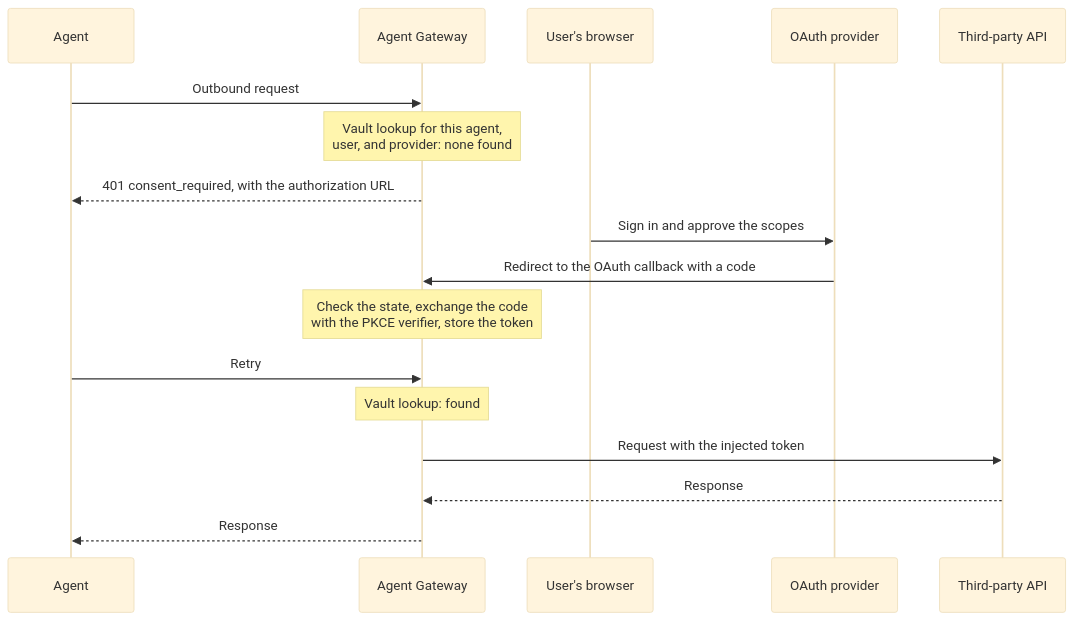
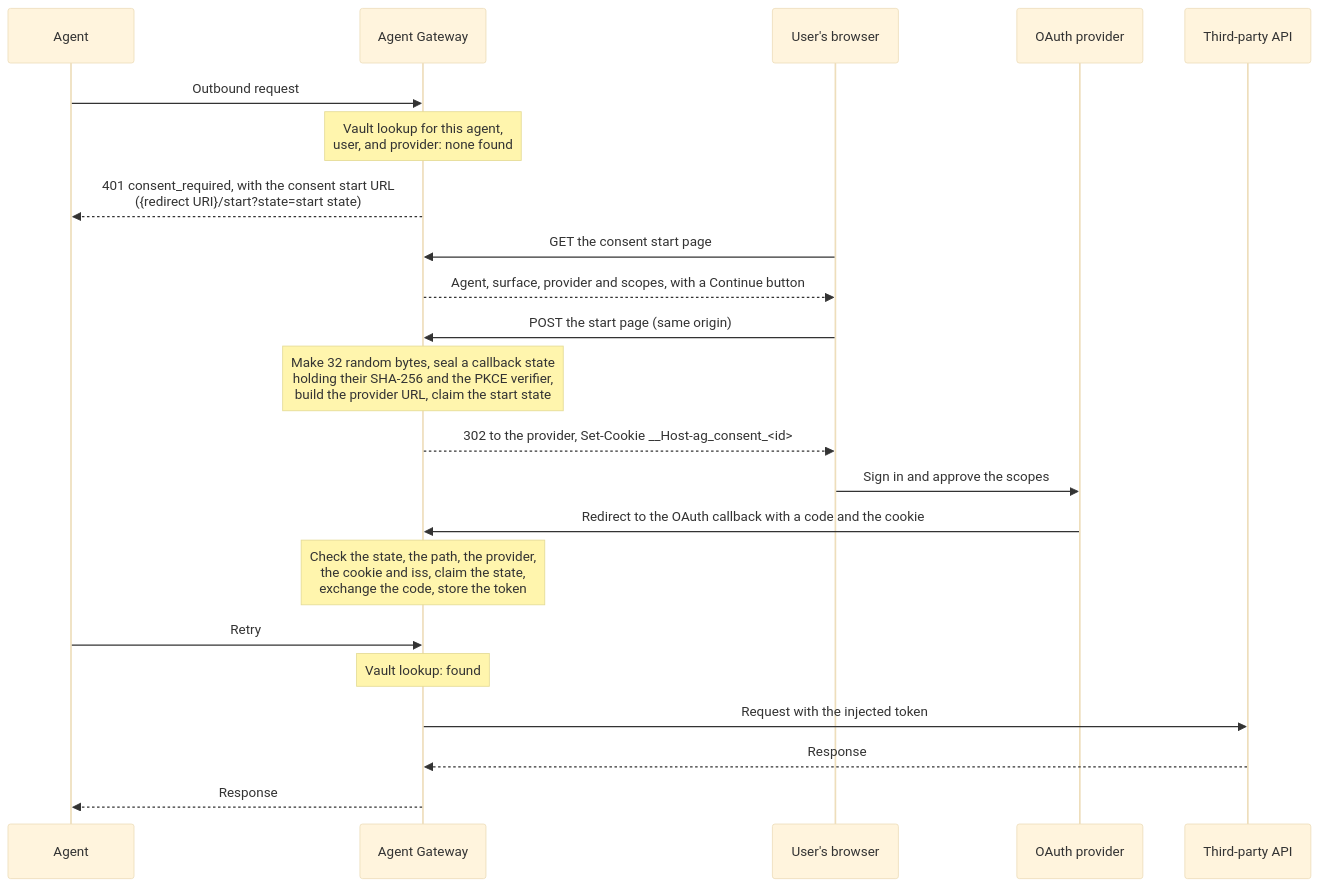
One commit to affinidi-ai/agent-gateway changed the diagram in docs/CREDENTIAL_DELEGATION.md. Above: the diagram before and after it, drawn with Mermaid (base theme). The commit also changed other lines of this file and 34 other files, not shown here.

````diff
--- a/docs/CREDENTIAL_DELEGATION.md
+++ b/docs/CREDENTIAL_DELEGATION.md
@@ -1415,19 +1453,24 @@
 ```mermaid
 sequenceDiagram
     participant A as Agent
     participant G as Agent Gateway
     participant U as User's browser
     participant P as OAuth provider
     participant API as Third-party API
     A->>G: Outbound request
     Note over G: Vault lookup for this agent,<br/>user, and provider: none found
-    G-->>A: 401 consent_required, with the authorization URL
+    G-->>A: 401 consent_required, with the consent start URL<br/>({redirect URI}/start?state=start state)
+    U->>G: GET the consent start page
+    G-->>U: Agent, surface, provider and scopes, with a Continue button
+    U->>G: POST the start page (same origin)
+    Note over G: Make 32 random bytes, seal a callback state<br/>holding their SHA-256 and the PKCE verifier,<br/>build the provider URL, claim the start state
+    G-->>U: 302 to the provider, Set-Cookie __Host-ag_consent_<id>
     U->>P: Sign in and approve the scopes
-    P->>G: Redirect to the OAuth callback with a code
-    Note over G: Check the state, exchange the code<br/>with the PKCE verifier, store the token
+    P->>G: Redirect to the OAuth callback with a code and the cookie
+    Note over G: Check the state, the path, the provider,<br/>the cookie and iss, claim the state,<br/>exchange the code, store the token
     A->>G: Retry
     Note over G: Vault lookup: found
     G->>API: Request with the injected token
     API-->>G: Response
     G-->>A: Response
 ```
````
